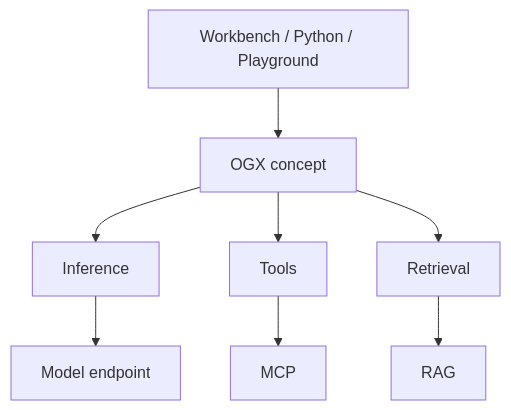
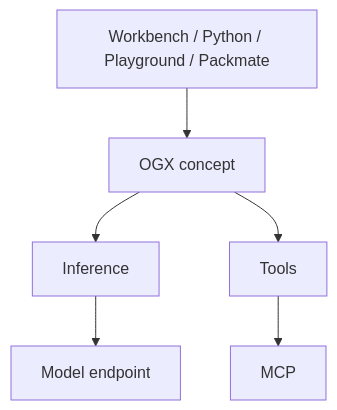
Before and after one commit to Lindagh1/packmate-rhoai-35-workshop: the fifth of 7 diagrams in workshop/ARCHITECTURE.md, drawn with Mermaid. The commit also changed other lines of this file and 14 other files, not shown here.

Commit message:
Migrate Packmate workshop to OGX-native runtime

````diff
--- a/workshop/ARCHITECTURE.md
+++ b/workshop/ARCHITECTURE.md
@@ -120,10 +110,8 @@
 ```mermaid
 flowchart TD
-  UX[Workbench / Python / Playground] --> OGX[OGX concept]
+  UX[Workbench / Python / Playground / Packmate] --> OGX[OGX concept]
   OGX --> Infer[Inference]
   OGX --> Tools[Tools]
-  OGX --> Retrieval[Retrieval]
   Infer --> ModelEndpoint[Model endpoint]
   Tools --> MCP[MCP]
-  Retrieval --> RAG[RAG]
 ```
````
